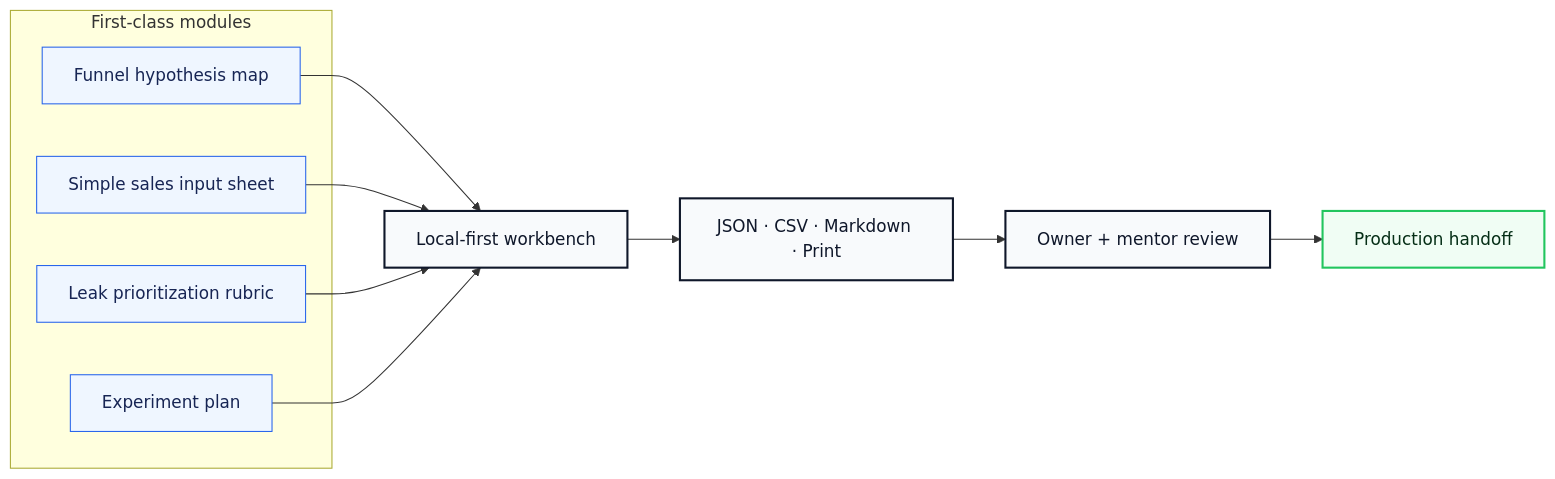
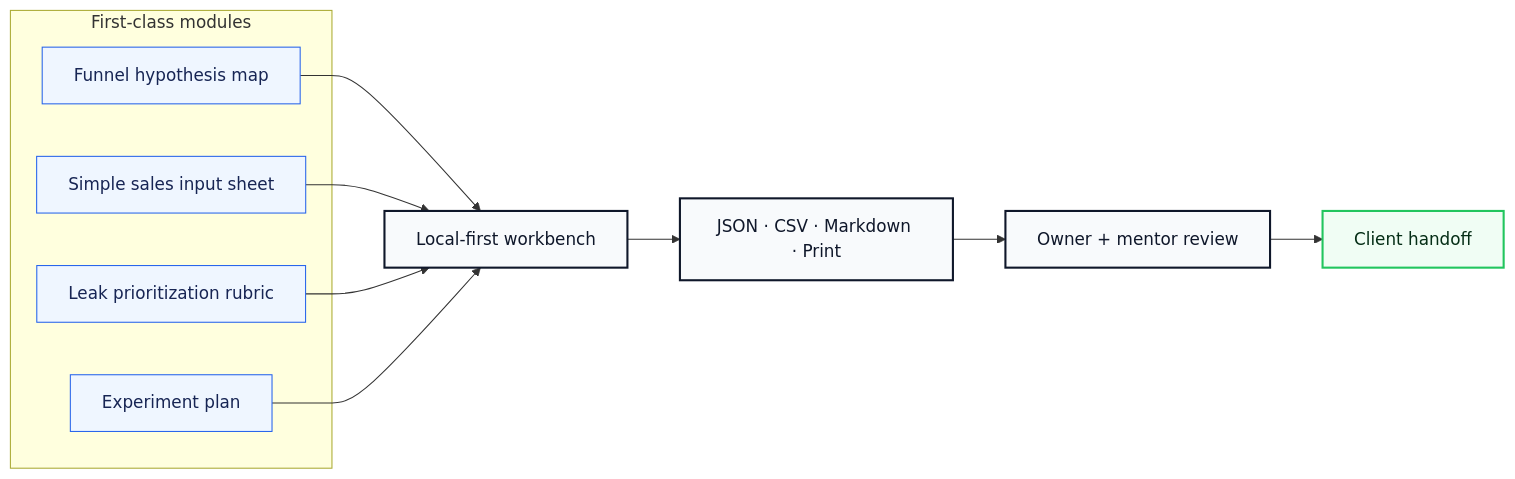
One commit to volta-npo/revenue-leak-finder changed the second of 3 diagrams in README.md. Above: the diagram before and after it, drawn with Mermaid. The commit also changed other lines of this file and 28 other files, not shown here.

````diff
--- a/README.md
+++ b/README.md
@@ -64,23 +64,23 @@
 ```mermaid
 flowchart LR
     subgraph Modules["First-class modules"]
         M1["Funnel hypothesis map"]
         M2["Simple sales input sheet"]
         M3["Leak prioritization rubric"]
         M4["Experiment plan"]
     end
     M1 --> Workbench
     M2 --> Workbench
     M3 --> Workbench
     M4 --> Workbench
     Workbench["Local-first workbench"] --> Exports["JSON · CSV · Markdown · Print"]
     Exports --> Review["Owner + mentor review"]
-    Review --> Launch["Production handoff"]
+    Review --> Launch["Client handoff"]
 
     classDef module fill:#eff6ff,stroke:#2563eb,color:#172554;
     classDef app fill:#f8fafc,stroke:#0f172a,color:#0f172a,stroke-width:2px;
     classDef launch fill:#f0fdf4,stroke:#22c55e,color:#052e16,stroke-width:2px;
     class M1,M2,M3,M4 module;
     class Workbench,Exports,Review app;
     class Launch launch;
 ```
````
